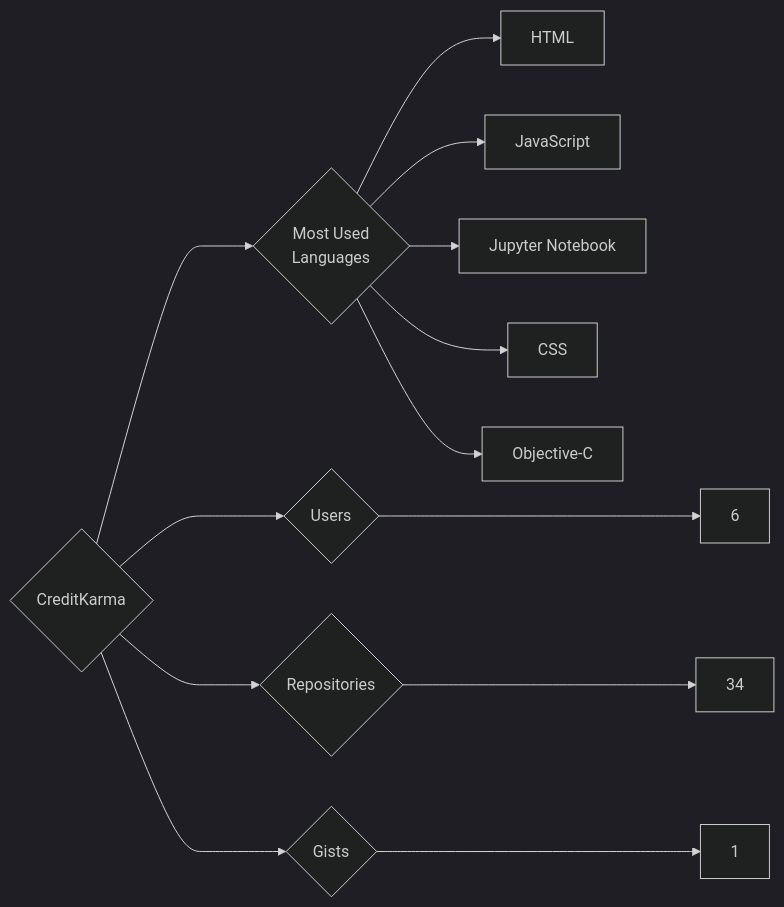
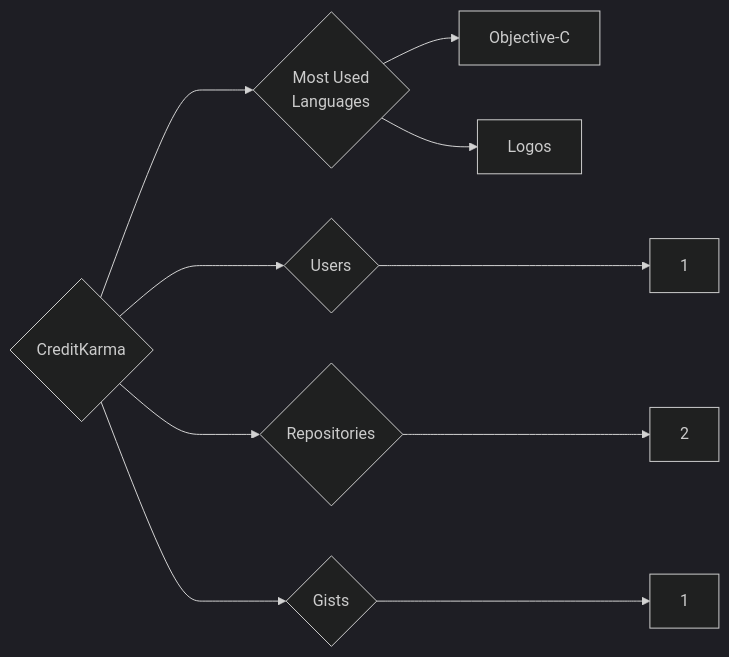
Before and after one commit to trickest/insiders: the diagram in targets/CreditKarma/README.md, drawn with Mermaid (dark theme). The commit also changed 860 other files, not shown here.

````diff
--- a/targets/CreditKarma/README.md
+++ b/targets/CreditKarma/README.md
@@ -3,13 +3,10 @@
 ```mermaid
 graph LR
 COMPANY_NAME{CreditKarma}
-COMPANY_NAME ---> U{Users} ---> UN[6]
-COMPANY_NAME ---> R{Repositories} ---> RN[34]
+COMPANY_NAME ---> U{Users} ---> UN[1]
+COMPANY_NAME ---> R{Repositories} ---> RN[2]
 COMPANY_NAME ---> G{Gists} ---> GN[1]
 COMPANY_NAME ---> ML{Most Used<br>Languages}
-ML --> HTML[HTML]
-ML --> JavaScript[JavaScript]
-ML --> Jupyter_Notebook[Jupyter Notebook]
-ML --> CSS[CSS]
 ML --> Objective-C[Objective-C]
+ML --> Logos[Logos]
 ```
````
